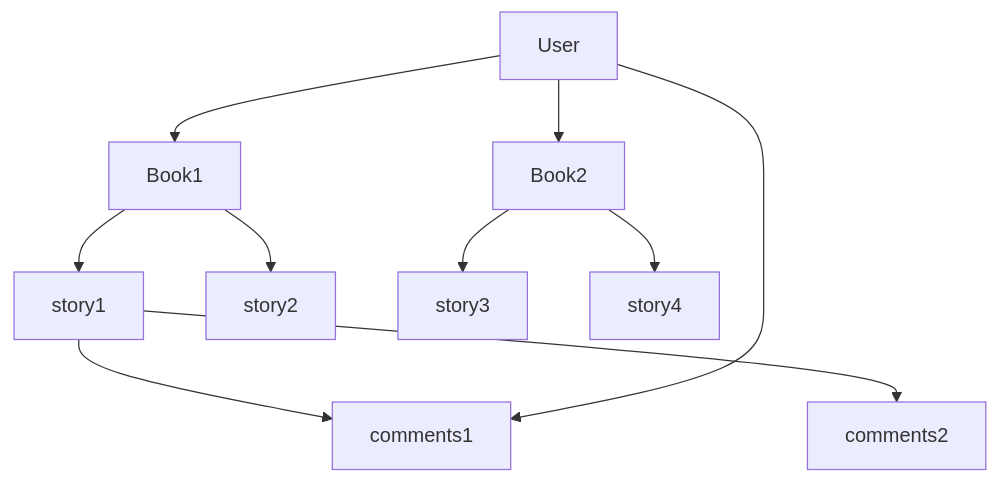
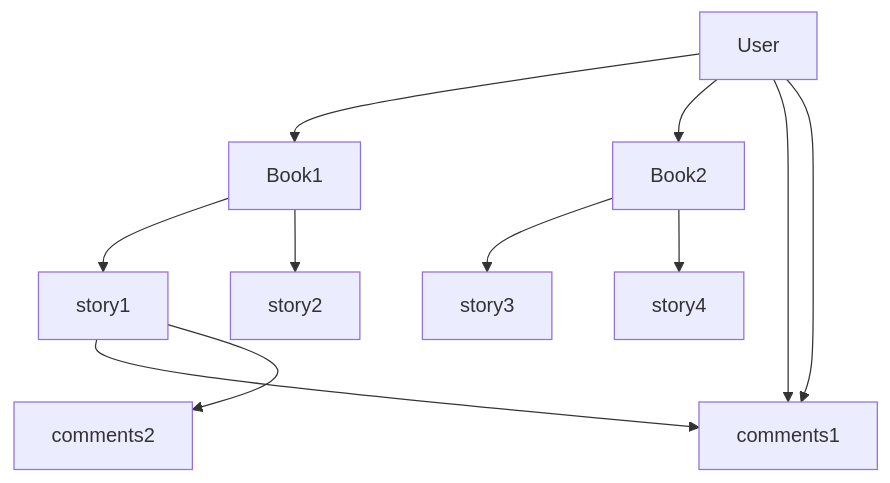
Before and after one commit to mbaqes/dbit: the diagram in README.md, drawn with Mermaid.

````diff
--- a/README.md
+++ b/README.md
@@ -15,12 +15,13 @@
  ```mermaid
 graph TD;
     User-->Book1;
     User-->Book2;
+    User-->comments1
     Book1-->story1;
     Book1-->story2;
     Book2-->story3;
     Book2-->story4;
      story1-->comments1;
      story1-->comments2;
-        User-->comments1;
+     User-->comments1;
 ```
````
